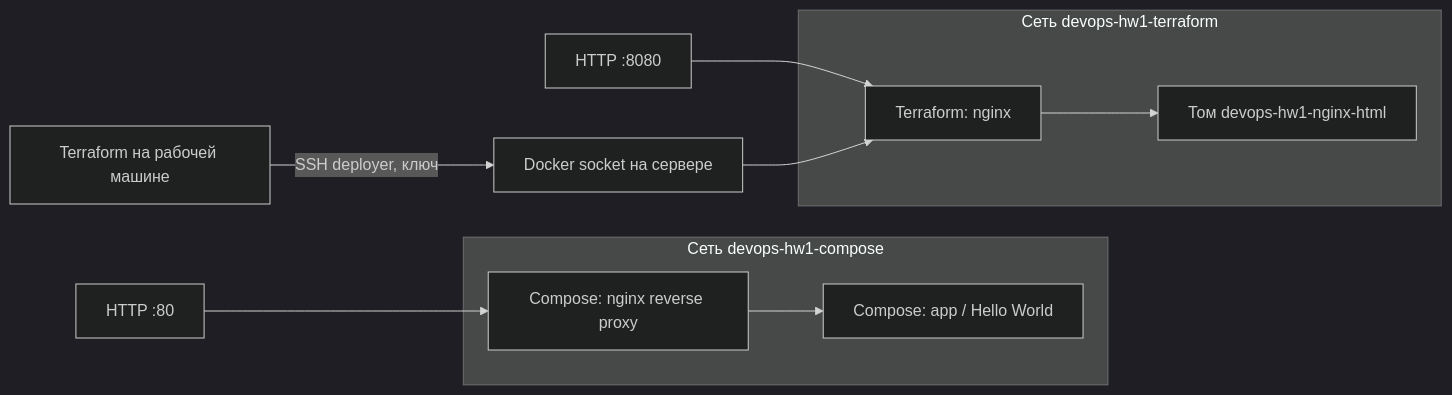
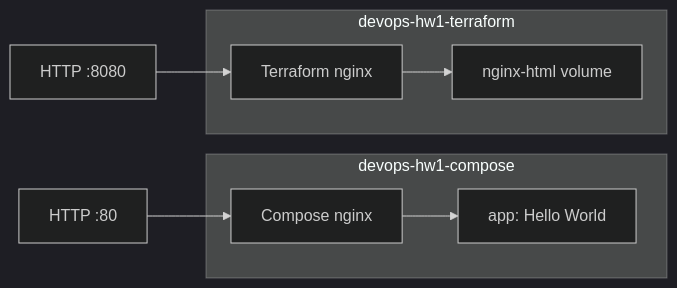
Before and after one commit to jaruccky/devops-homework: the diagram in README.md, drawn with Mermaid (dark theme). The commit also changed other lines of this file and 33 other files, not shown here.

````diff
--- a/README.md
+++ b/README.md
@@ -68,13 +45,11 @@
 ```mermaid
 flowchart LR
-    HTTP80["HTTP :80"] --> Proxy["Compose: nginx reverse proxy"]
-    subgraph compose_net["Сеть devops-hw1-compose"]
-      Proxy --> App["Compose: app / Hello World"]
+    HTTP80["HTTP :80"] --> Proxy["Compose nginx"]
+    subgraph compose["devops-hw1-compose"]
+      Proxy --> App["app: Hello World"]
     end
-    HTTP8080["HTTP :8080"] --> TFNginx
-    subgraph terraform_net["Сеть devops-hw1-terraform"]
-      TFNginx["Terraform: nginx"] --> Volume["Том devops-hw1-nginx-html"]
+    HTTP8080["HTTP :8080"] --> Nginx
+    subgraph terraform["devops-hw1-terraform"]
+      Nginx["Terraform nginx"] --> Volume["nginx-html volume"]
     end
-    Controller["Terraform на рабочей машине"] -->|"SSH deployer, ключ"| Socket["Docker socket на сервере"]
-    Socket --> TFNginx
 ```
````
